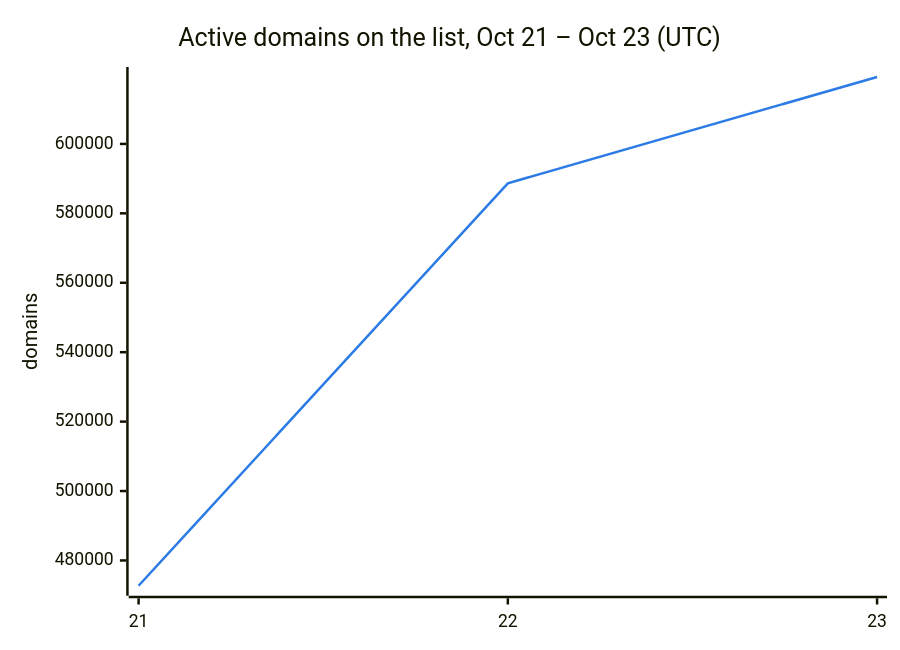
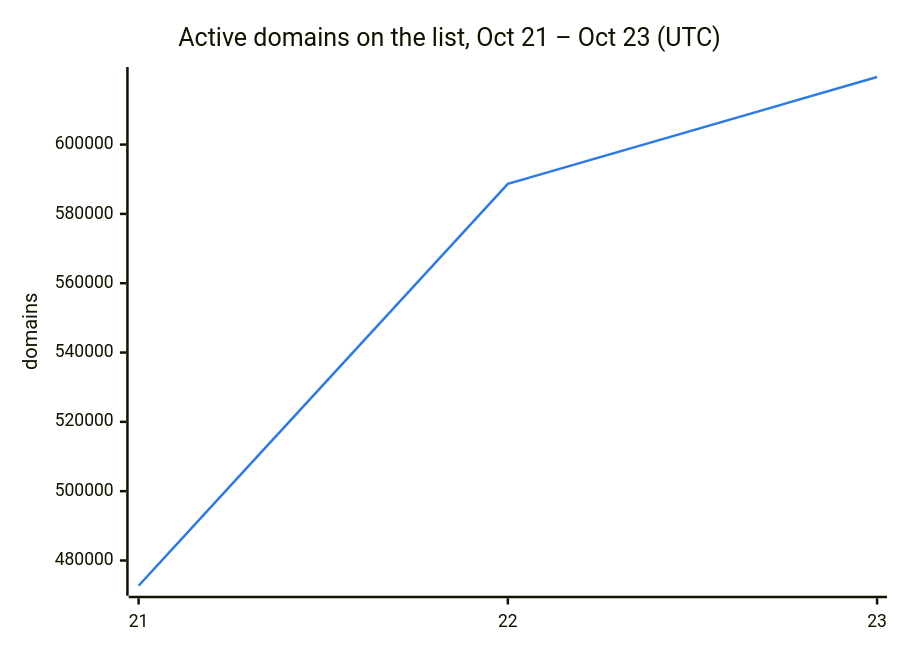
The second of 3 diagrams in README.md (DNSBunker/CTI), drawn with Mermaid before and after one commit. The commit also changed other lines of this file and 3 other files, not shown here.

````diff
--- a/README.md
+++ b/README.md
@@ -38,8 +38,8 @@
 ```mermaid
 %%{init: {"themeVariables": {"xyChart": {"plotColorPalette": "#2c7be5"}}}}%%
 xychart-beta
     title "Active domains on the list, Oct 21 – Oct 23 (UTC)"
     x-axis ["21", "22", "23"]
     y-axis "domains"
-    line [472713, 588659, 619282]
+    line [472713, 588659, 619495]
 ```
````
